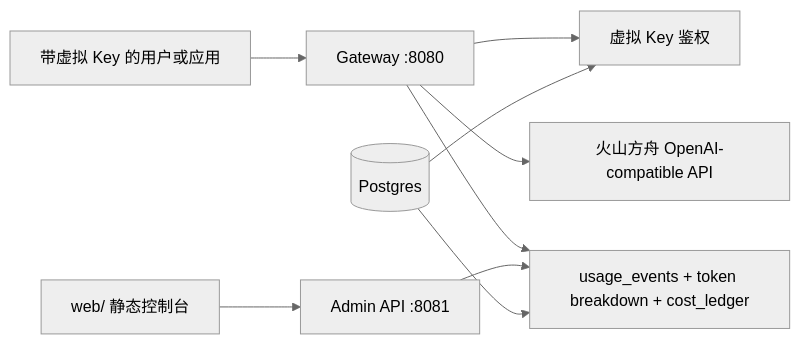
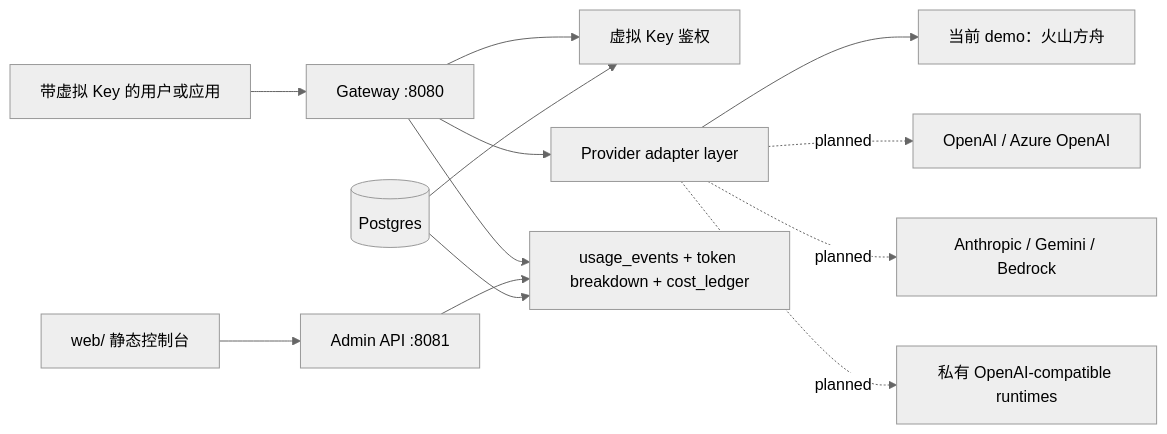
Before and after one commit to CcCalana/omnitoken: the diagram in README.zh-CN.md, drawn with Mermaid (neutral theme). The commit also changed other lines of this file and 1 other file, not shown here.

First line of the commit message:
docs: clarify provider-neutral roadmap

````diff
--- a/README.zh-CN.md
+++ b/README.zh-CN.md
@@ -55,11 +69,15 @@
 ```mermaid
 flowchart LR
   User["带虚拟 Key 的用户或应用"] --> Gateway["Gateway :8080"]
   Gateway --> Auth["虚拟 Key 鉴权"]
-  Gateway --> Ark["火山方舟 OpenAI-compatible API"]
+  Gateway --> Adapters["Provider adapter layer"]
+  Adapters --> Ark["当前 demo：火山方舟"]
+  Adapters -. planned .-> OpenAI["OpenAI / Azure OpenAI"]
+  Adapters -. planned .-> Native["Anthropic / Gemini / Bedrock"]
+  Adapters -. planned .-> Private["私有 OpenAI-compatible runtimes"]
   Gateway --> Usage["usage_events + token breakdown + cost_ledger"]
   Admin["Admin API :8081"] --> Usage
   Web["web/ 静态控制台"] --> Admin
   Postgres[(Postgres)] --> Auth
   Postgres --> Usage
 ```
````
